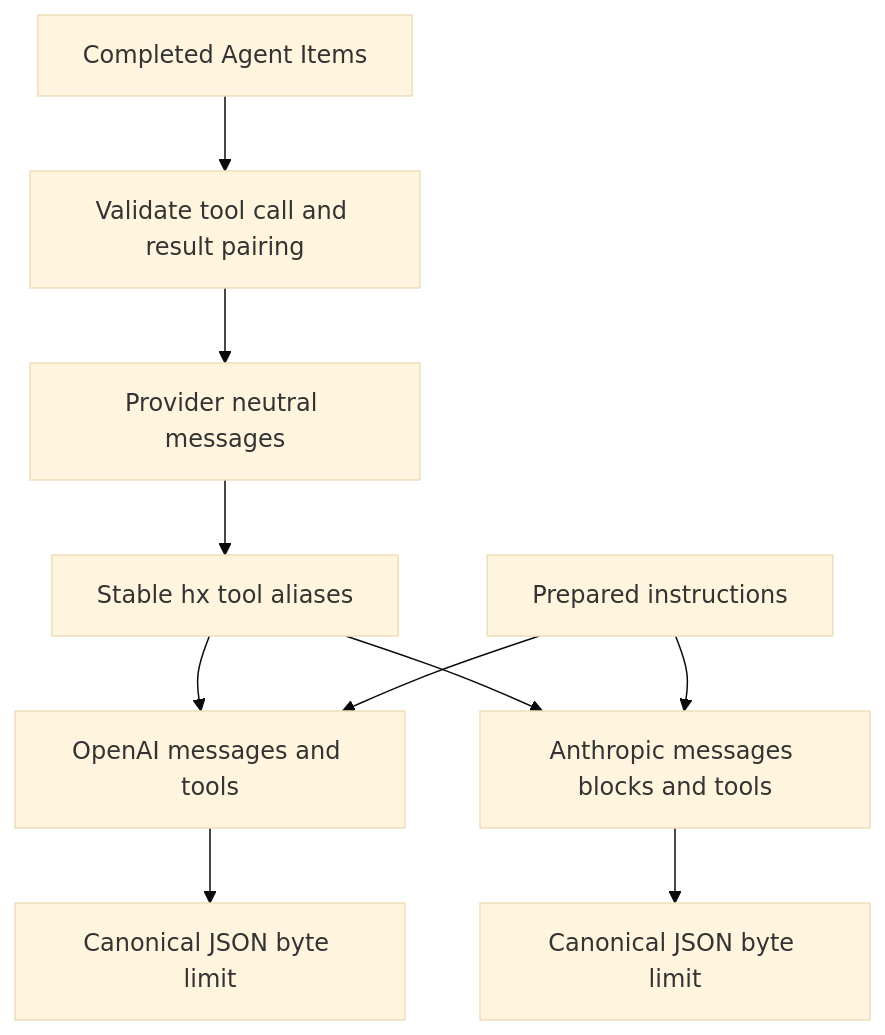
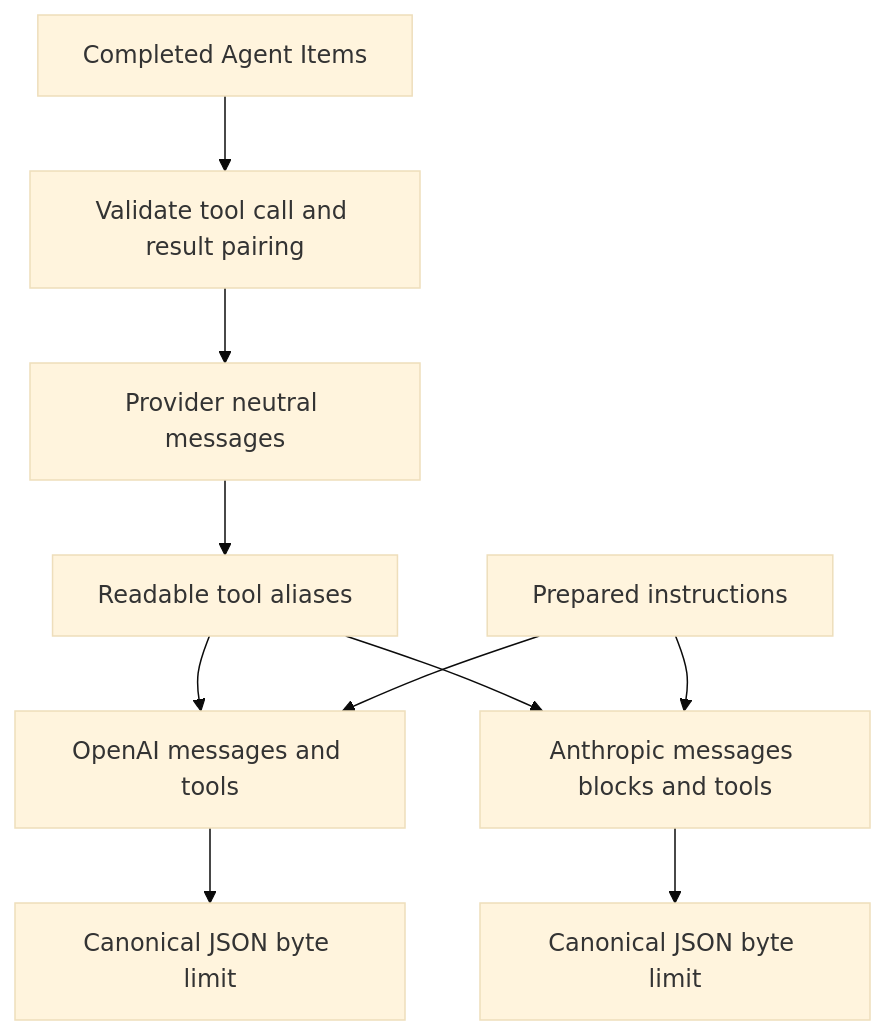
The second of 8 diagrams in docs/modules/models.md (carrie1988/Harnessix), drawn with Mermaid (base theme) before and after one commit. The commit also changed other lines of this file and 4 other files, not shown here.

First line of the commit message:
docs: ADR 0136 for readable aliases, English feedback and plan position

````diff
--- a/docs/modules/models.md
+++ b/docs/modules/models.md
@@ -327,12 +343,12 @@
 ```mermaid
 flowchart TD
     H[Completed Agent Items] --> Pair[Validate tool call and result pairing]
     Pair --> Canon[Provider neutral messages]
-    Canon --> Alias[Stable hx tool aliases]
+    Canon --> Alias[Readable tool aliases]
     Alias --> OAI[OpenAI messages and tools]
     Alias --> ANT[Anthropic messages blocks and tools]
     I[Prepared instructions] --> OAI
     I --> ANT
     OAI --> Size1[Canonical JSON byte limit]
     ANT --> Size2[Canonical JSON byte limit]
 ```
````
